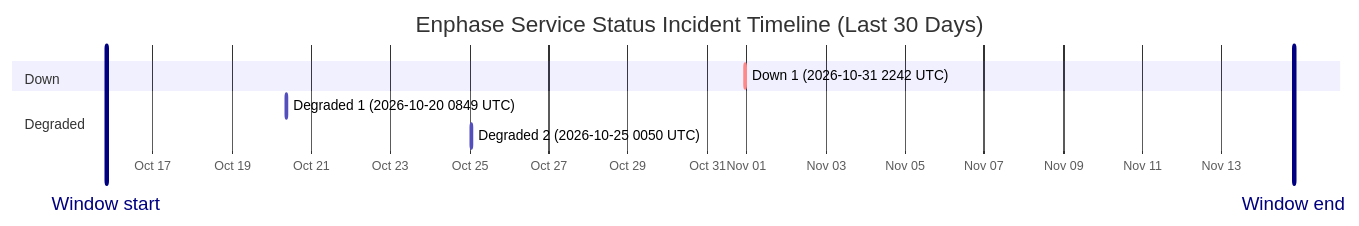
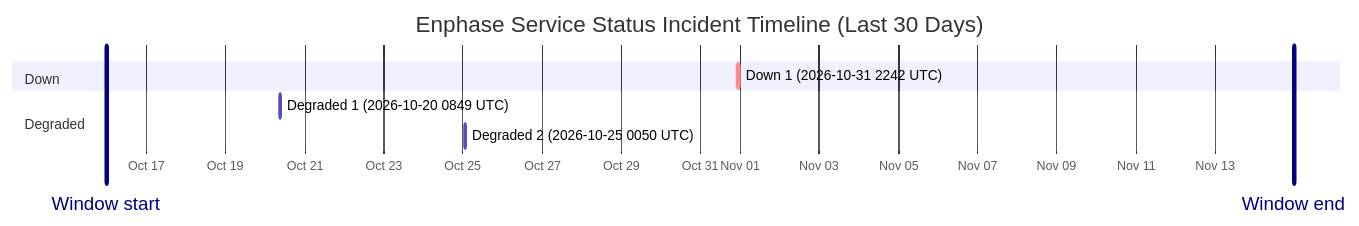
The diagram in wiki/Service-Status-History.md (barneyonline/ha-enphase-energy), drawn with Mermaid before and after one commit. The commit also changed other lines of this file and 3 other files, not shown here.

````diff
--- a/wiki/Service-Status-History.md
+++ b/wiki/Service-Status-History.md
@@ -14,13 +14,13 @@
 ```mermaid
 gantt
     title Enphase Service Status Incident Timeline (Last 30 Days)
     dateFormat  YYYY-MM-DDTHH:mm:ss
     axisFormat  %b %d
-    Window start :vert, window-start, 2026-10-15T19:42:01, 0ms
-    Window end :vert, window-end, 2026-11-14T19:42:01, 0ms
+    Window start :vert, window-start, 2026-10-15T23:37:48, 0ms
+    Window end :vert, window-end, 2026-11-14T23:37:48, 0ms
     section Down
     Down 1 (2026-10-31 2242 UTC) :crit, down-1, 2026-10-31T22:42:18, 60m
     section Degraded
     Degraded 1 (2026-10-20 0849 UTC) :active, degraded-1, 2026-10-20T08:49:49, 60m
     Degraded 2 (2026-10-25 0050 UTC) :active, degraded-2, 2026-10-25T00:50:01, 60m
 ```
````
